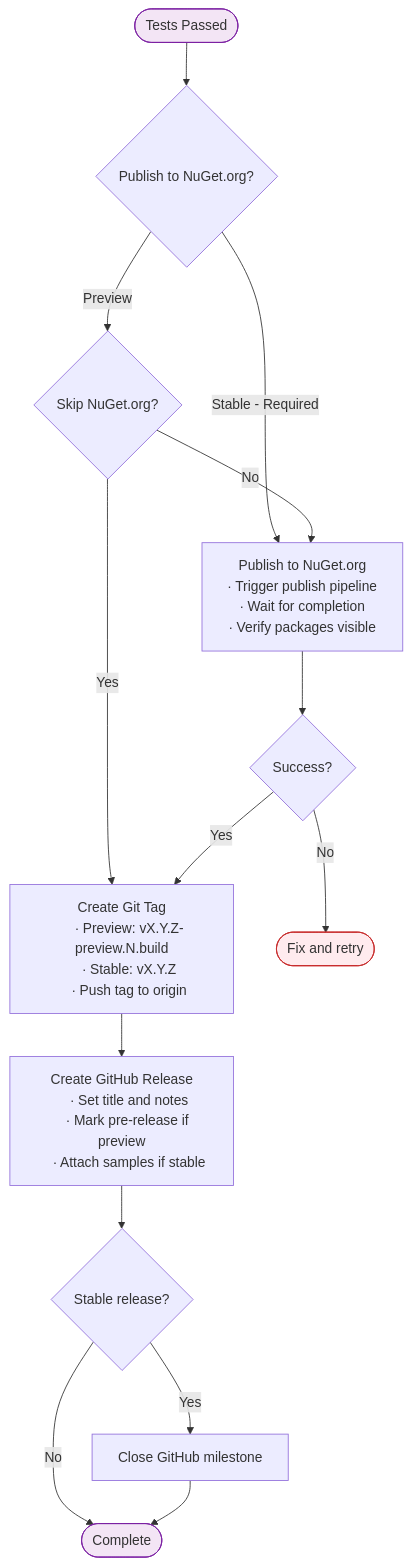
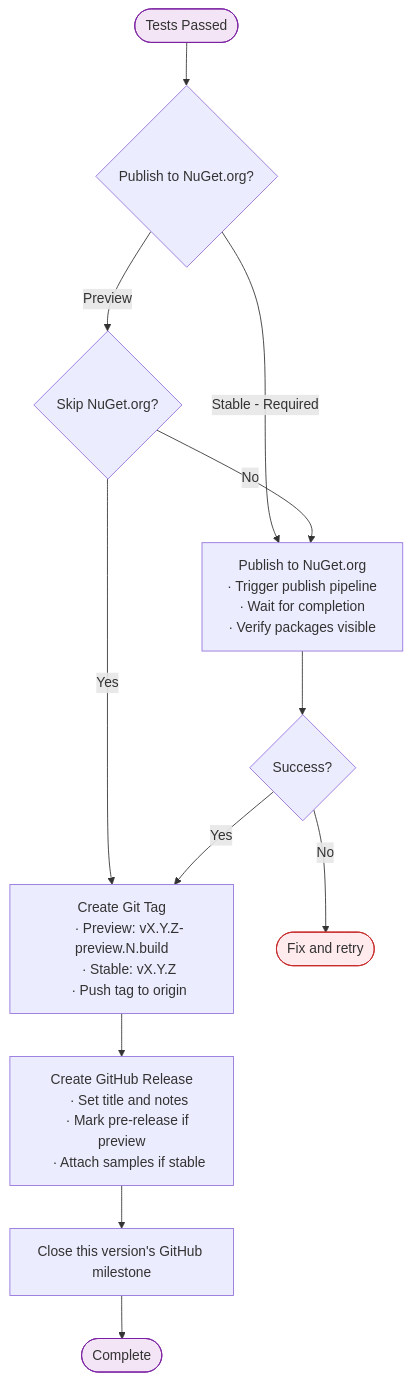
Before and after one commit to mono/SkiaSharp: the third of 3 diagrams in documentation/dev/releasing.md, drawn with Mermaid. The commit also changed 1 other file, not shown here.

Commit message:
docs: close the version milestone on every release (not just stable)
SkiaSharp now creates a GitHub milestone for every release in the
cadence (preview, rc, and stable). Update the release-publish skill and
releasing.md so closing the version's own milestone is a required Step 8
for every release type, not just stable. Keep the guidance to move any
still-open issues to the next milestone before closing.

````diff
--- a/documentation/dev/releasing.md
+++ b/documentation/dev/releasing.md
@@ -246,40 +246,38 @@
 ```mermaid
 flowchart TB
     START([Tests Passed]) --> REQ{Publish to NuGet.org?}
     
     REQ -->|Stable - Required| PUBLISH
     REQ -->|Preview| SKIP{Skip NuGet.org?}
     SKIP -->|Yes| TAG
     SKIP -->|No| PUBLISH
     
     PUBLISH["Publish to NuGet.org
     ∙ Trigger publish pipeline
     ∙ Wait for completion
     ∙ Verify packages visible"]
     
     PUBLISH --> STATUS{Success?}
     STATUS -->|No| FAILED([Fix and retry])
     STATUS -->|Yes| TAG
     
     TAG["Create Git Tag
     ∙ Preview: vX.Y.Z-preview.N.build
     ∙ Stable: vX.Y.Z
     ∙ Push tag to origin"]
     
     TAG --> RELEASE
     
     RELEASE["Create GitHub Release
     ∙ Set title and notes
     ∙ Mark pre-release if preview
     ∙ Attach samples if stable"]
     
-    RELEASE --> FINAL{Stable release?}
-    FINAL -->|No| DONE([Complete])
-    FINAL -->|Yes| MILESTONE[Close GitHub milestone]
-    MILESTONE --> DONE
+    RELEASE --> MILESTONE[Close this version's GitHub milestone]
+    MILESTONE --> DONE([Complete])
 
     classDef error fill:#ffebee,stroke:#c62828
     classDef endpoint fill:#f3e5f5,stroke:#7b1fa2
     class FAILED error
     class START,DONE endpoint
 ```
````
